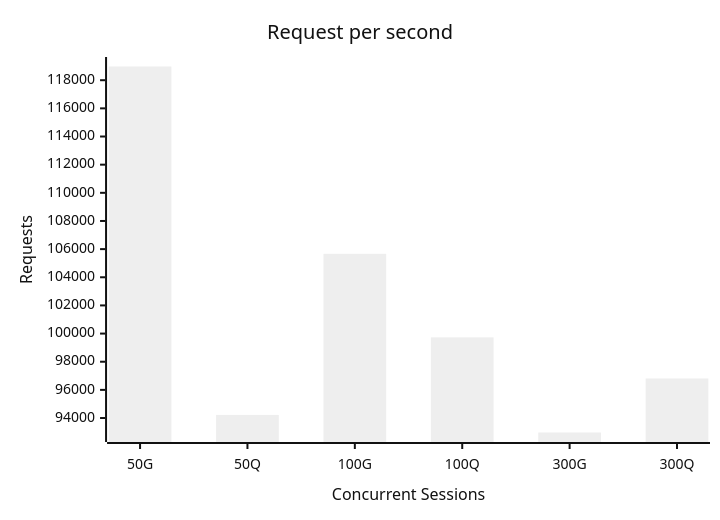
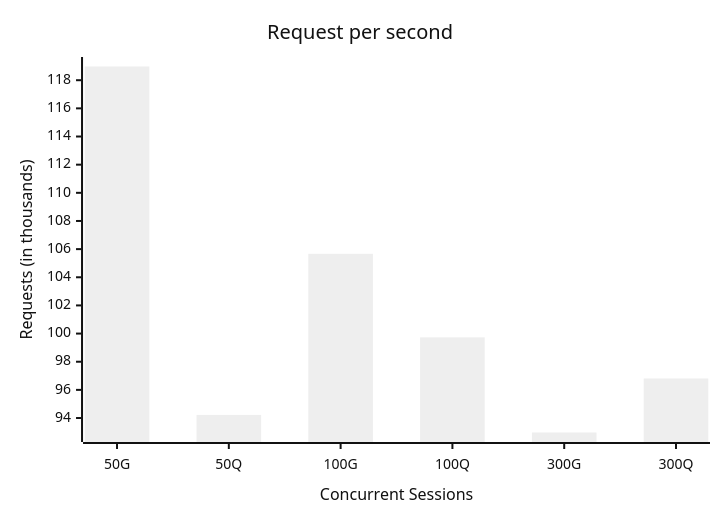
One commit to romdalf/ocp-projects changed the second of 2 diagrams in docs/testing/benchmarking.md. Above: the diagram before and after it, drawn with Mermaid (neutral theme).

````diff
--- a/docs/testing/benchmarking.md
+++ b/docs/testing/benchmarking.md
@@ -411,7 +411,7 @@
 ```mermaid
 xychart-beta
   title "Request per second"
   x-axis "Concurrent Sessions" [50G, 50Q, 100G, 100Q, 300G, 300Q]
-  y-axis "Requests" 
-  bar [118974, 94220, 105666, 99732, 92972,96810]
+  y-axis "Requests (in thousands)" 
+  bar [118.974, 94.220, 105.666, 99.732, 92.972, 96.810]
 ```
````
